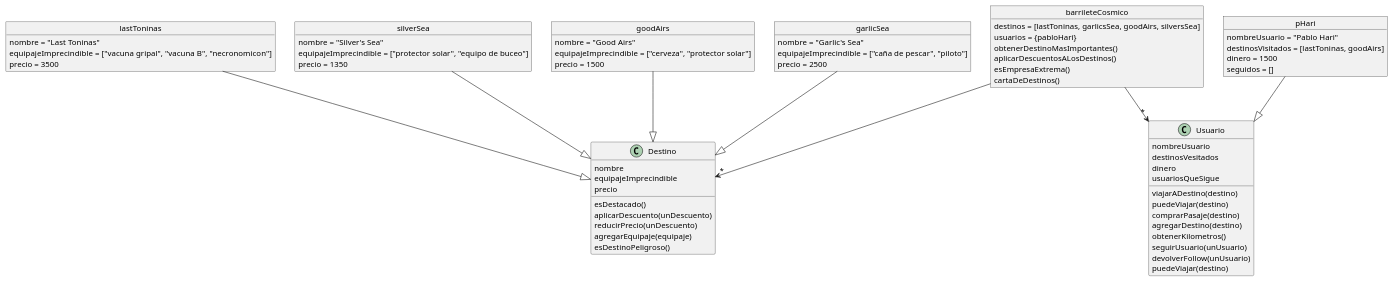
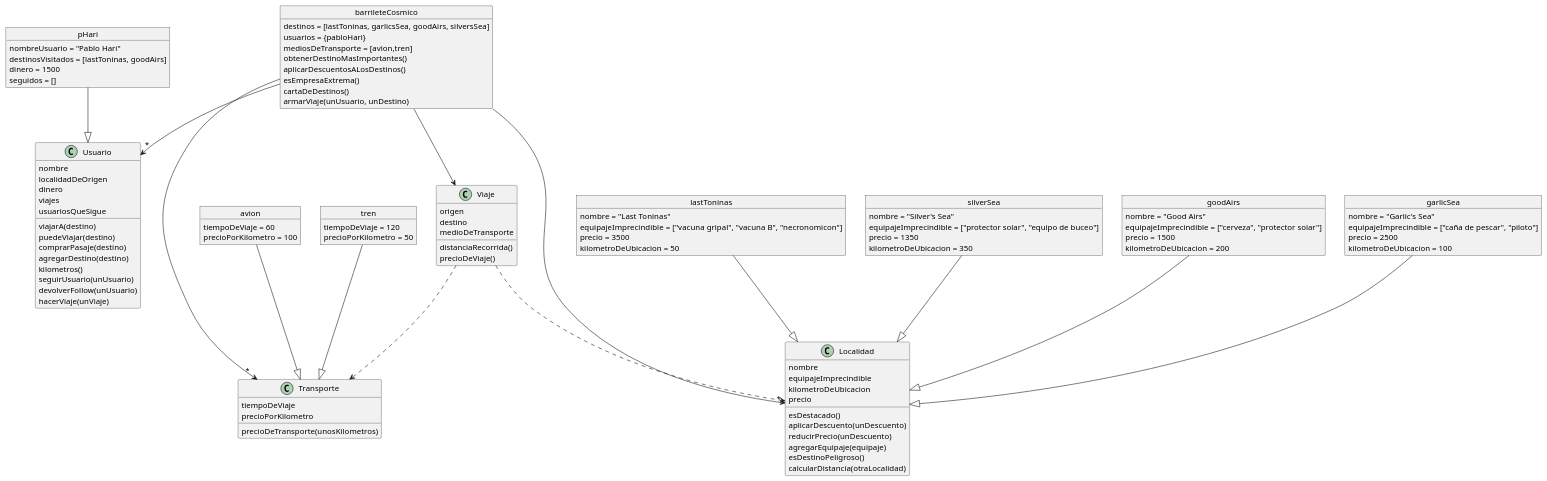
One commit to FranScolari208/ParadigmasDeProgramacion changed the diagram in Trabajos Practicos Grupales/Trabajo Practico Wollok/src/Diagrama de Clases/BarilleteCosmico.plantuml. Above: the diagram before and after it, drawn with PlantUML. The commit also changed 16 other files, not shown here.

```diff
--- a/Trabajos Practicos Grupales/Trabajo Practico Wollok/src/Diagrama de Clases/BarilleteCosmico.plantuml
+++ b/Trabajos Practicos Grupales/Trabajo Practico Wollok/src/Diagrama de Clases/BarilleteCosmico.plantuml
@@ -1,82 +1,115 @@
 @startuml "Barrilete Cosmico"
 
 object barrileteCosmico{
     destinos = [lastToninas, garlicsSea, goodAirs, silversSea]
     usuarios = {pabloHari}
+    mediosDeTransporte = [avion,tren]
 
     obtenerDestinoMasImportantes()
     aplicarDescuentosALosDestinos()
     esEmpresaExtrema()
     cartaDeDestinos()
+    armarViaje(unUsuario, unDestino)
 }
 
-class Destino {
+class Localidad {
     nombre
     equipajeImprecindible
+    kilometroDeUbicacion
     precio
-
     esDestacado()
     aplicarDescuento(unDescuento)
     reducirPrecio(unDescuento)
     agregarEquipaje(equipaje)
     esDestinoPeligroso()
+    calcularDistancia(otraLocalidad)
 }
 
 class Usuario{
-    nombreUsuario
-    destinosVesitados
+    nombre
+    localidadDeOrigen
     dinero
+    viajes
     usuariosQueSigue
-
-    viajarADestino(destino)
+    viajarA(destino)
     puedeViajar(destino)
     comprarPasaje(destino)
     agregarDestino(destino)
-    obtenerKilometros()
+    kilometros()
     seguirUsuario(unUsuario)
     devolverFollow(unUsuario)
-    puedeViajar(destino)
+    hacerViaje(unViaje)
 
 }
-
+class Viaje{
+    origen
+    destino
+    medioDeTransporte
+    distanciaRecorrida()
+    precioDeViaje()
+}
+class Transporte{
+    tiempoDeViaje
+    precioPorKilometro
+    precioDeTransporte(unosKilometros)
+}
+object avion{
+    tiempoDeViaje = 60
+    precioPorKilometro = 100
+}
+object tren{
+    tiempoDeViaje = 120
+    precioPorKilometro = 50
+}
 object lastToninas{
     nombre = "Last Toninas"
     equipajeImprecindible =  ["vacuna gripal", "vacuna B", "necronomicon"]
     precio = 3500
+    kilometroDeUbicacion = 50
+
 }
 
 object silverSea{
     nombre = "Silver's Sea"
 	equipajeImprecindible = ["protector solar", "equipo de buceo"]
 	precio = 1350
+    kilometroDeUbicacion = 350
 }
 
 object goodAirs{
     nombre = "Good Airs"
 	equipajeImprecindible = ["cerveza", "protector solar"]
 	precio = 1500
+    kilometroDeUbicacion = 200
 }
 
 object garlicSea {
     nombre = "Garlic's Sea"
 	equipajeImprecindible = ["caña de pescar", "piloto"] 
 	precio = 2500
+    kilometroDeUbicacion = 100
 }
 
 object pHari{
     nombreUsuario = "Pablo Hari"
 	destinosVisitados = [lastToninas, goodAirs]
 	dinero = 1500
 	seguidos = []
 }
 
-lastToninas --|> Destino
-goodAirs    --|> Destino
-silverSea   --|> Destino
-garlicSea   --|> Destino
+lastToninas --|> Localidad
+goodAirs    --|> Localidad
+silverSea   --|> Localidad
+garlicSea   --|> Localidad
 pHari   --|> Usuario
+tren --|> Transporte
+avion --|> Transporte
 
-barrileteCosmico -->"*" Destino
-barrileteCosmico       -->"*" Usuario
+Viaje ..> Transporte 
+Viaje ..> Localidad 
+barrileteCosmico -->"*" Localidad
+barrileteCosmico-->"*" Usuario
+barrileteCosmico-->"*" Transporte
+barrileteCosmico--> Viaje
 
 @enduml
```
